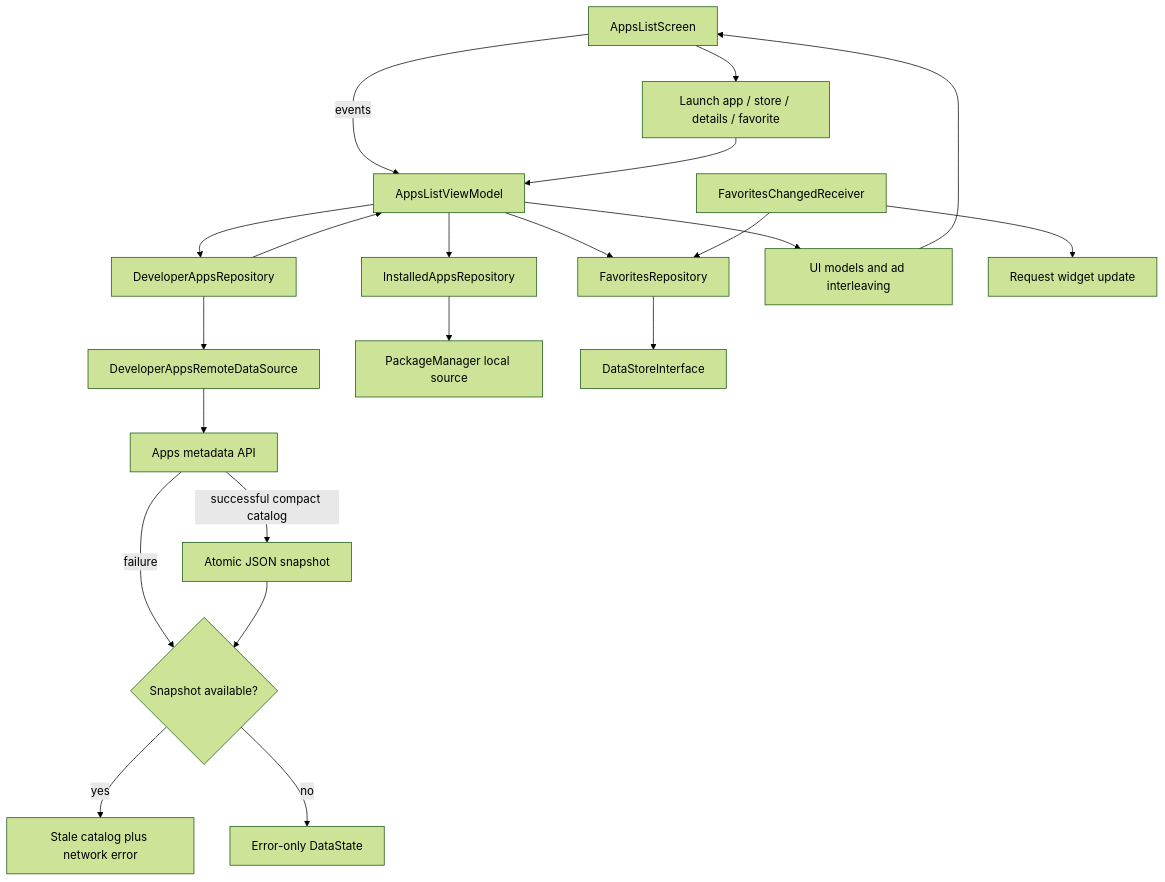
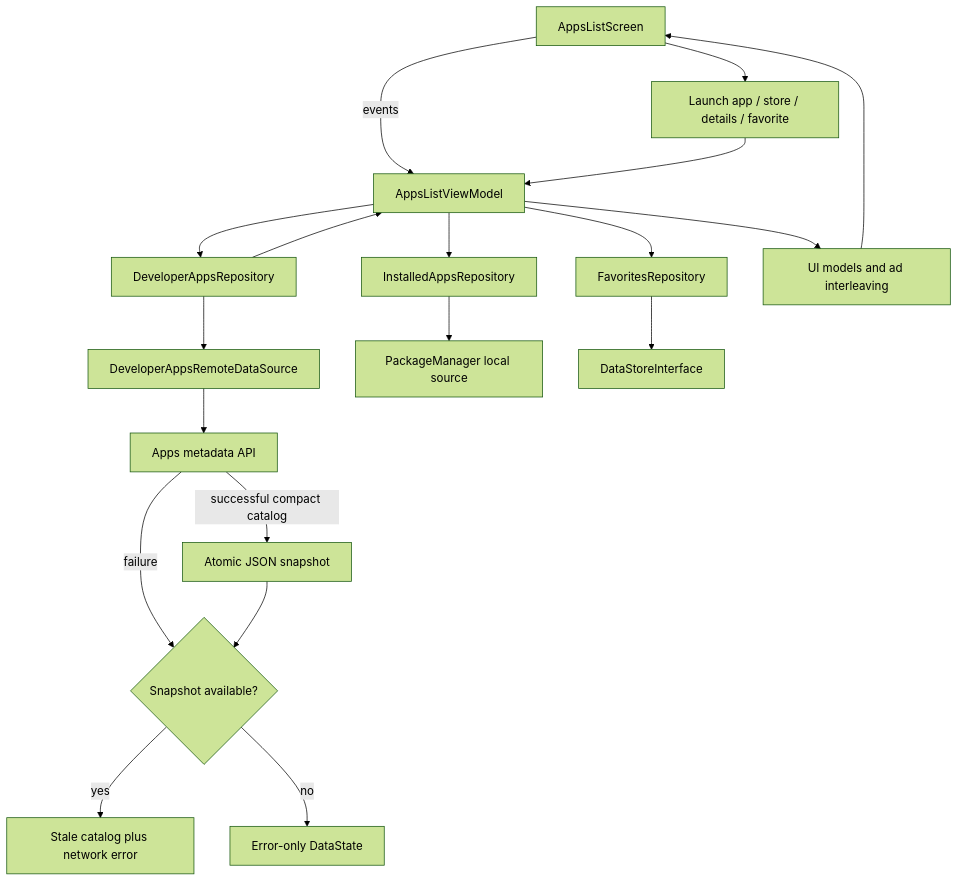
Before and after one commit to MihaiCristianCondrea/App-Toolkit-for-Android: the diagram in sample/feature/apps/README.md, drawn with Mermaid (forest theme). The commit also changed other lines of this file and 52 other files, not shown here.

````diff
--- a/sample/feature/apps/README.md
+++ b/sample/feature/apps/README.md
@@ -45,23 +44,21 @@
 ```mermaid
 flowchart TD
     Screen[AppsListScreen] -->|events| VM[AppsListViewModel]
     VM --> Developer[DeveloperAppsRepository]
     Developer --> Remote[DeveloperAppsRemoteDataSource]
     Remote --> Api[Apps metadata API]
     Api -->|successful compact catalog| Cache[Atomic JSON snapshot]
     Api -->|failure| Fallback{Snapshot available?}
     Cache --> Fallback
     Fallback -->|yes| Stale[Stale catalog plus network error]
     Fallback -->|no| Error[Error-only DataState]
     Developer --> VM
     VM --> Installed[InstalledAppsRepository]
     Installed --> Packages[PackageManager local source]
     VM --> Favorites[FavoritesRepository]
     Favorites --> Store[DataStoreInterface]
     VM --> Items[UI models and ad interleaving]
     Items --> Screen
     Screen --> Actions[Launch app / store / details / favorite]
     Actions --> VM
-    Receiver[FavoritesChangedReceiver] --> Favorites
-    Receiver --> Widget[Request widget update]
 ```
````
